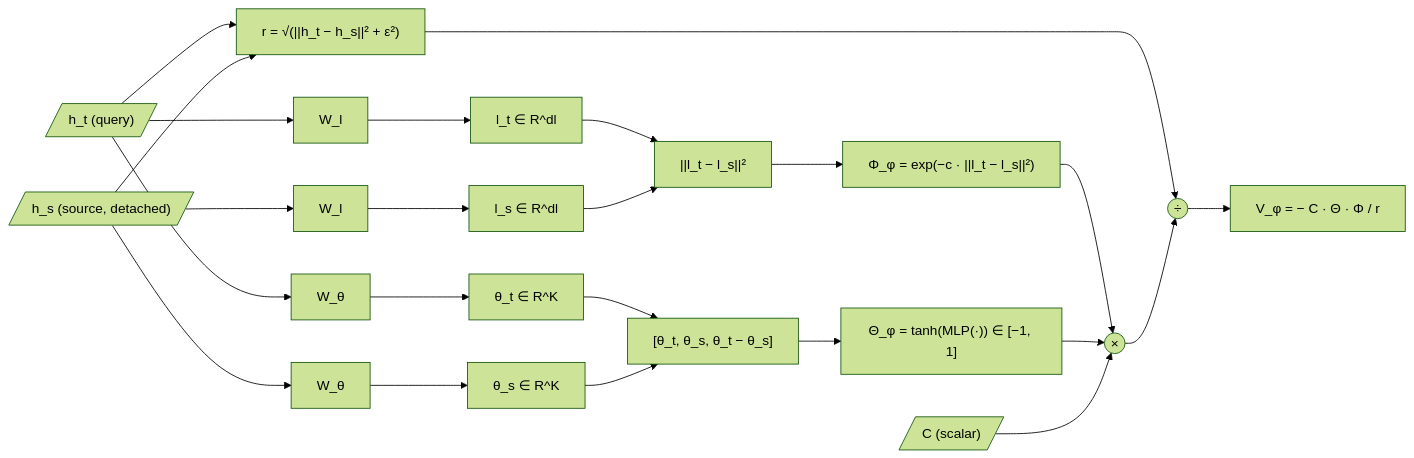
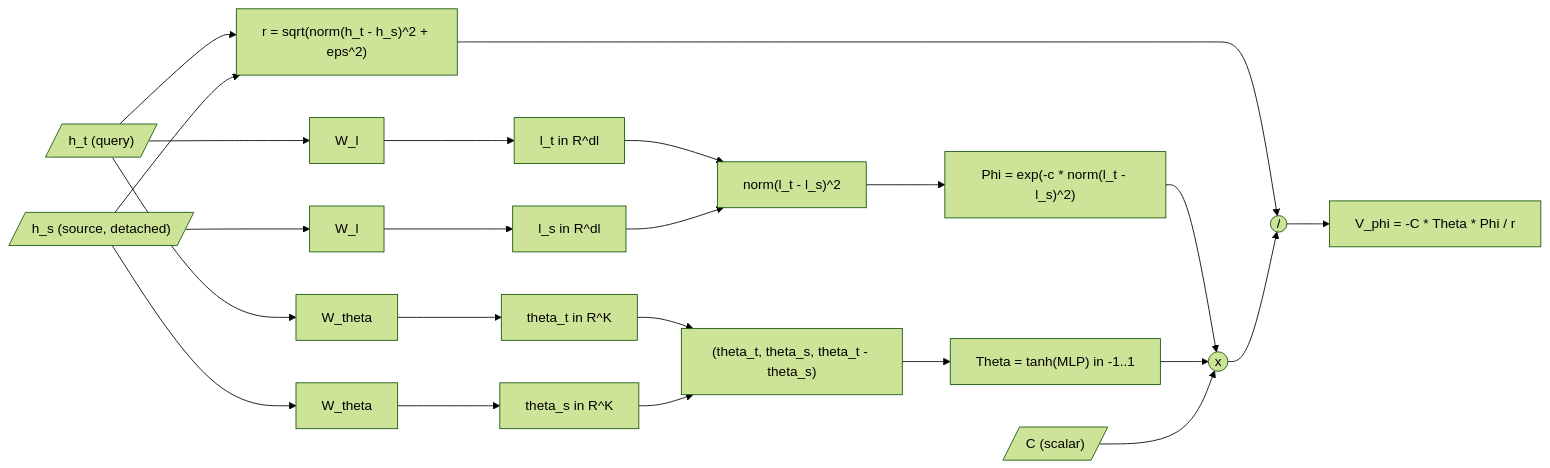
One commit to dimitarpg13/semsimula-paper changed the first of 5 diagrams in companion_notes/PARF_Augmented_SPLM_Architecture_v2.md. Above: the diagram before and after it, drawn with Mermaid (forest theme). The commit also changed other lines of this file and 1 other file, not shown here.

First line of the commit message:
Fix GitHub rendering in PARF_Augmented_SPLM_Architecture and remove duplicate

````diff
--- a/companion_notes/PARF_Augmented_SPLM_Architecture_v2.md
+++ b/companion_notes/PARF_Augmented_SPLM_Architecture_v2.md
@@ -459,25 +458,25 @@
 ```mermaid
 flowchart LR
     h_t[/"h_t (query)"/] --> Wl_t[W_l]
-    h_t --> Wtheta_t[W_θ]
+    h_t --> Wtheta_t[W_theta]
     h_s[/"h_s (source, detached)"/] --> Wl_s[W_l]
-    h_s --> Wtheta_s[W_θ]
-    Wl_t --> l_t[l_t ∈ R^dl]
-    Wl_s --> l_s[l_s ∈ R^dl]
-    Wtheta_t --> th_t[θ_t ∈ R^K]
-    Wtheta_s --> th_s[θ_s ∈ R^K]
-    l_t --> l_dist["||l_t − l_s||²"]
+    h_s --> Wtheta_s[W_theta]
+    Wl_t --> l_t["l_t in R^dl"]
+    Wl_s --> l_s["l_s in R^dl"]
+    Wtheta_t --> th_t["theta_t in R^K"]
+    Wtheta_s --> th_s["theta_s in R^K"]
+    l_t --> l_dist["norm(l_t - l_s)^2"]
     l_s --> l_dist
-    l_dist --> Phi["Φ_φ = exp(−c · ||l_t − l_s||²)"]
-    th_t --> Theta_in["[θ_t, θ_s, θ_t − θ_s]"]
+    l_dist --> Phi["Phi = exp(-c * norm(l_t - l_s)^2)"]
+    th_t --> Theta_in["(theta_t, theta_s, theta_t - theta_s)"]
     th_s --> Theta_in
-    Theta_in --> Theta["Θ_φ = tanh(MLP(·)) ∈ [−1, 1]"]
-    h_t --> r["r = √(||h_t − h_s||² + ε²)"]
+    Theta_in --> Theta["Theta = tanh(MLP) in -1..1"]
+    h_t --> r["r = sqrt(norm(h_t - h_s)^2 + eps^2)"]
     h_s --> r
-    Phi --> mul((×))
+    Phi --> mul(("x"))
     Theta --> mul
-    r --> div((÷))
+    r --> div(("/"))
     mul --> div
     C[/"C (scalar)"/] --> mul
-    div --> Vphi["V_φ = − C · Θ · Φ / r"]
+    div --> Vphi["V_phi = -C * Theta * Phi / r"]
 ```
````
